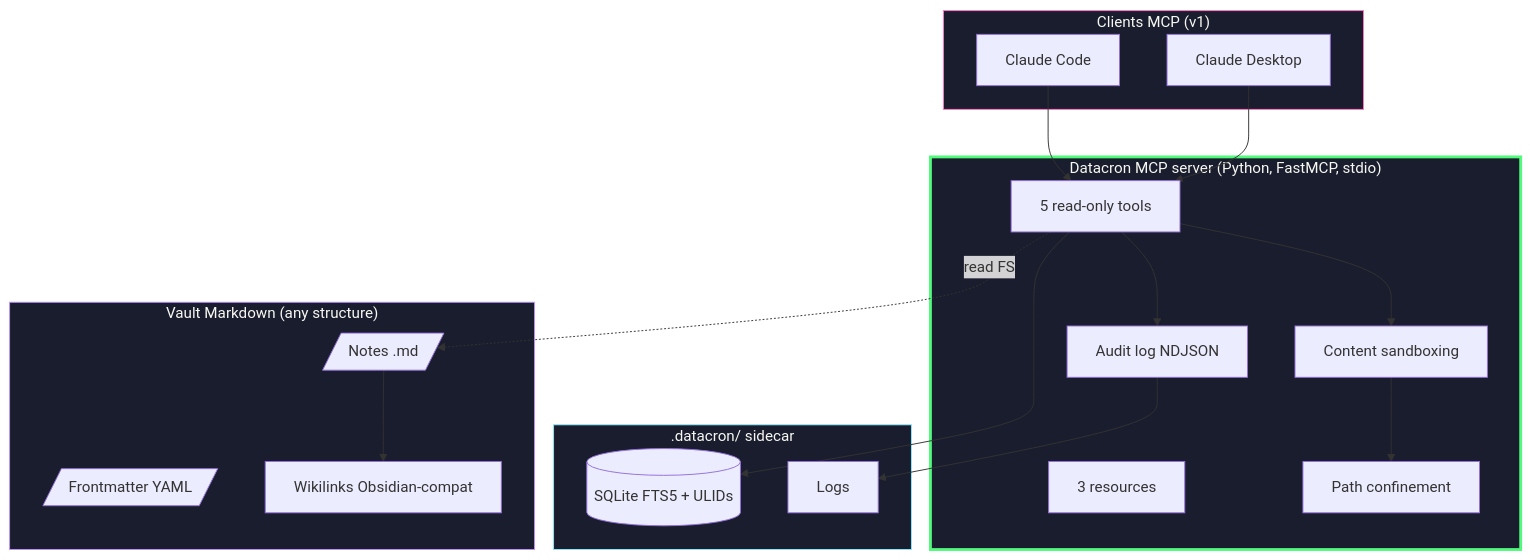
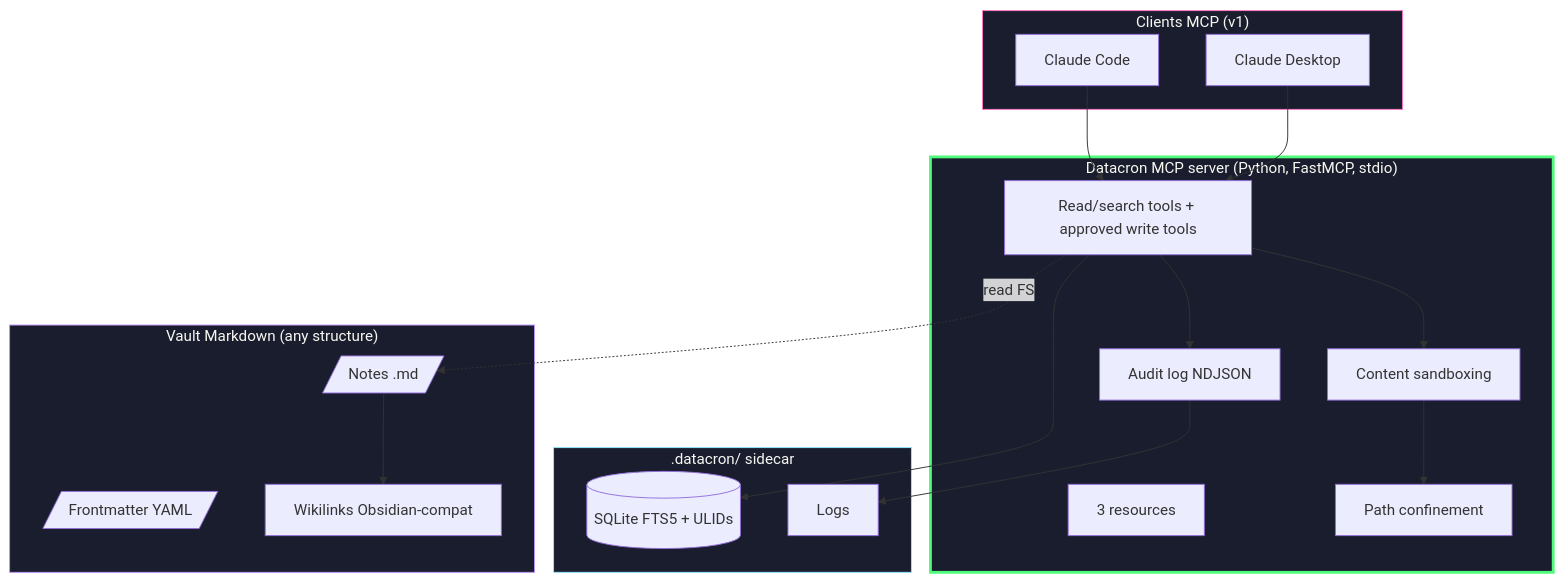
One commit to VBlackJack/Datacron changed the first of 2 diagrams in docs/ARCHITECTURE.md. Above: the diagram before and after it, drawn with Mermaid. The commit also changed other lines of this file and 3 other files, not shown here.

Commit message:
docs: sync architecture with retrieval and write milestones

````diff
--- a/docs/ARCHITECTURE.md
+++ b/docs/ARCHITECTURE.md
@@ -88,39 +92,39 @@
 ```mermaid
 flowchart TB
     subgraph CLIENTS["Clients MCP (v1)"]
         CD[Claude Desktop]
         CC[Claude Code]
     end
 
     subgraph SERVER["Datacron MCP server (Python, FastMCP, stdio)"]
-        TOOLS[5 read-only tools]
+        TOOLS[Read/search tools + approved write tools]
         RES[3 resources]
         SBX[Content sandboxing]
         CONF[Path confinement]
         AUD[Audit log NDJSON]
     end
 
     subgraph SIDE[".datacron/ sidecar"]
         DB[(SQLite FTS5 + ULIDs)]
         LOGS[Logs]
     end
 
     subgraph VAULT["Vault Markdown (any structure)"]
         NOTES[/Notes .md/]
         FM[/Frontmatter YAML/]
         WL[Wikilinks Obsidian-compat]
     end
 
     CD --> TOOLS
     CC --> TOOLS
     TOOLS --> SBX --> CONF
     TOOLS --> DB
     TOOLS -.read FS.-> NOTES
     NOTES --> WL
     TOOLS --> AUD --> LOGS
 
     style SERVER fill:#1a1d2e,stroke:#50fa7b,color:#f8f8f2,stroke-width:3px
     style VAULT fill:#1a1d2e,stroke:#bd93f9,color:#f8f8f2
     style SIDE fill:#1a1d2e,stroke:#8be9fd,color:#f8f8f2
     style CLIENTS fill:#1a1d2e,stroke:#ff79c6,color:#f8f8f2
 ```
````
